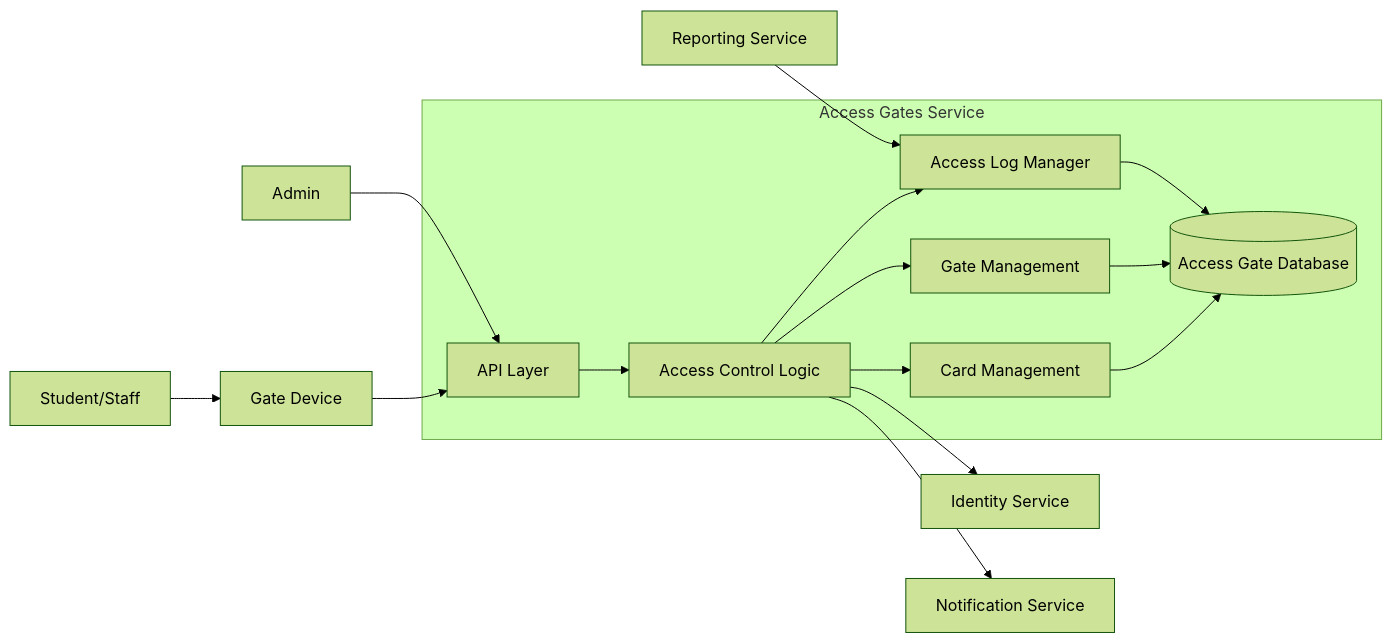
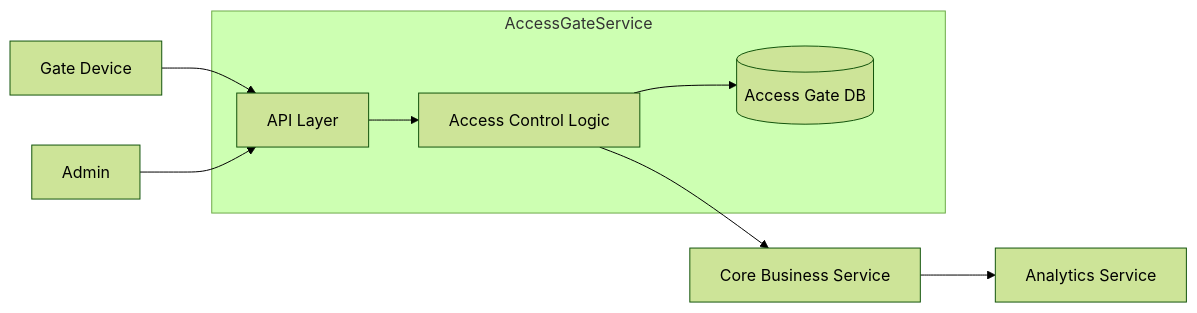
The diagram in evidence/buoi-01/service-boundary.md (FIT-17-13/lab1-setup-Senning1717-1), drawn with Mermaid (forest theme) before and after one commit.

Commit message:
update service boundary

````diff
--- a/evidence/buoi-01/service-boundary.md
+++ b/evidence/buoi-01/service-boundary.md
@@ -101,43 +101,27 @@
 ```mermaid
 flowchart LR
 
-%% ===== ACTORS =====
+%% Actors
 GateDevice[Gate Device]
 Admin[Admin]
-Student[Student/Staff]
 
-%% ===== SERVICE BOUNDARY =====
-subgraph AccessGateService["Access Gates Service"]
-    
+%% Access Gate Service
+subgraph AccessGateService
     API[API Layer]
     Logic[Access Control Logic]
-    CardMgr[Card Management]
-    GateMgr[Gate Management]
-    LogMgr[Access Log Manager]
-    DB[(Access Gate Database)]
-    
-    API --> Logic
-    Logic --> CardMgr
-    Logic --> GateMgr
-    Logic --> LogMgr
-    
-    CardMgr --> DB
-    GateMgr --> DB
-    LogMgr --> DB
+    DB[(Access Gate DB)]
 end
 
-%% ===== EXTERNAL SERVICES =====
-IdentityService[Identity Service]
-NotificationService[Notification Service]
-ReportingService[Reporting Service]
+%% Other Services
+CoreService[Core Business Service]
+AnalyticsService[Analytics Service]
 
-%% ===== FLOWS =====
 GateDevice --> API
 Admin --> API
-Student --> GateDevice
 
-Logic --> IdentityService
-Logic --> NotificationService
+API --> Logic
+Logic --> DB
 
-ReportingService --> LogMgr
+Logic --> CoreService
+CoreService --> AnalyticsService
 ```
````
